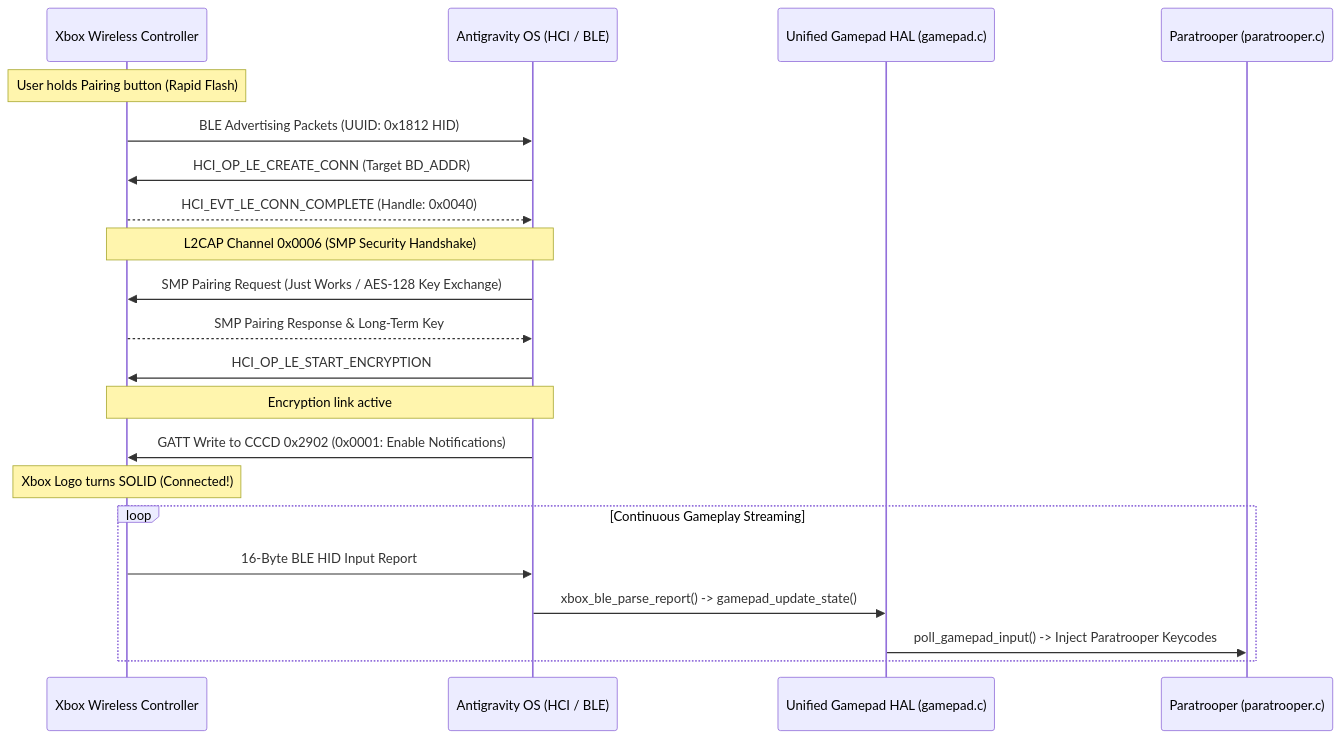
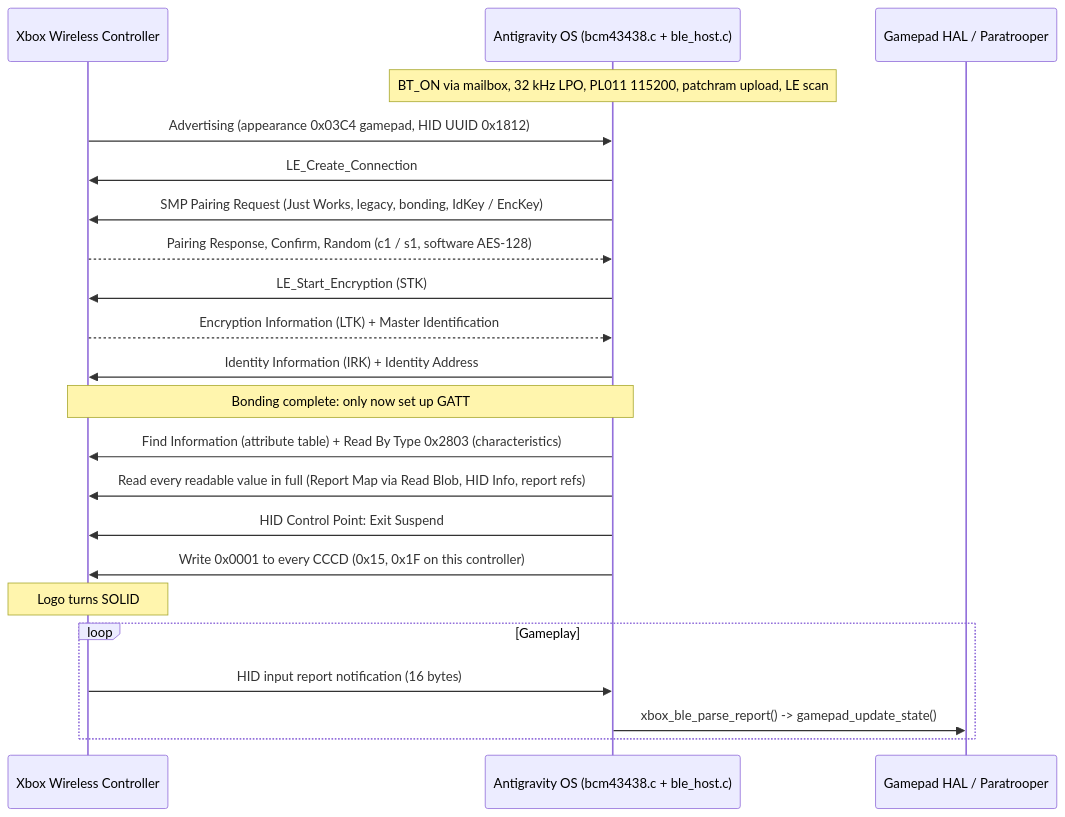
The second of 2 diagrams in docs/arm_ble_xbox_roadmap.md (priyanr/AGOS), drawn with Mermaid before and after one commit. The commit also changed other lines of this file and 5 other files, not shown here.

````diff
--- a/docs/arm_ble_xbox_roadmap.md
+++ b/docs/arm_ble_xbox_roadmap.md
@@ -82,24 +82,25 @@
 ```mermaid
 sequenceDiagram
     participant X as Xbox Wireless Controller
-    participant K as Antigravity OS (HCI / BLE)
-    participant S as Unified Gamepad HAL (gamepad.c)
-    participant P as Paratrooper (paratrooper.c)
+    participant K as Antigravity OS (bcm43438.c + ble_host.c)
+    participant P as Gamepad HAL / Paratrooper
 
-    Note over X: User holds Pairing button (Rapid Flash)
-    X->>K: BLE Advertising Packets (UUID: 0x1812 HID)
-    K->>X: HCI_OP_LE_CREATE_CONN (Target BD_ADDR)
-    X-->>K: HCI_EVT_LE_CONN_COMPLETE (Handle: 0x0040)
-    Note over K,X: L2CAP Channel 0x0006 (SMP Security Handshake)
-    K->>X: SMP Pairing Request (Just Works / AES-128 Key Exchange)
-    X-->>K: SMP Pairing Response & Long-Term Key
-    K->>X: HCI_OP_LE_START_ENCRYPTION
-    Note over K,X: Encryption link active
-    K->>X: GATT Write to CCCD 0x2902 (0x0001: Enable Notifications)
-    Note over X: Xbox Logo turns SOLID (Connected!)
-    loop Continuous Gameplay Streaming
-        X->>K: 16-Byte BLE HID Input Report
-        K->>S: xbox_ble_parse_report() -> gamepad_update_state()
-        S->>P: poll_gamepad_input() -> Inject Paratrooper Keycodes
+    Note over K: BT_ON via mailbox, 32 kHz LPO, PL011 115200, patchram upload, LE scan
+    X->>K: Advertising (appearance 0x03C4 gamepad, HID UUID 0x1812)
+    K->>X: LE_Create_Connection
+    K->>X: SMP Pairing Request (Just Works, legacy, bonding, IdKey / EncKey)
+    X-->>K: Pairing Response, Confirm, Random (c1 / s1, software AES-128)
+    K->>X: LE_Start_Encryption (STK)
+    X-->>K: Encryption Information (LTK) + Master Identification
+    K->>X: Identity Information (IRK) + Identity Address
+    Note over K,X: Bonding complete: only now set up GATT
+    K->>X: Find Information (attribute table) + Read By Type 0x2803 (characteristics)
+    K->>X: Read every readable value in full (Report Map via Read Blob, HID Info, report refs)
+    K->>X: HID Control Point: Exit Suspend
+    K->>X: Write 0x0001 to every CCCD (0x15, 0x1F on this controller)
+    Note over X: Logo turns SOLID
+    loop Gameplay
+        X->>K: HID input report notification (16 bytes)
+        K->>P: xbox_ble_parse_report() -> gamepad_update_state()
     end
 ```
````
